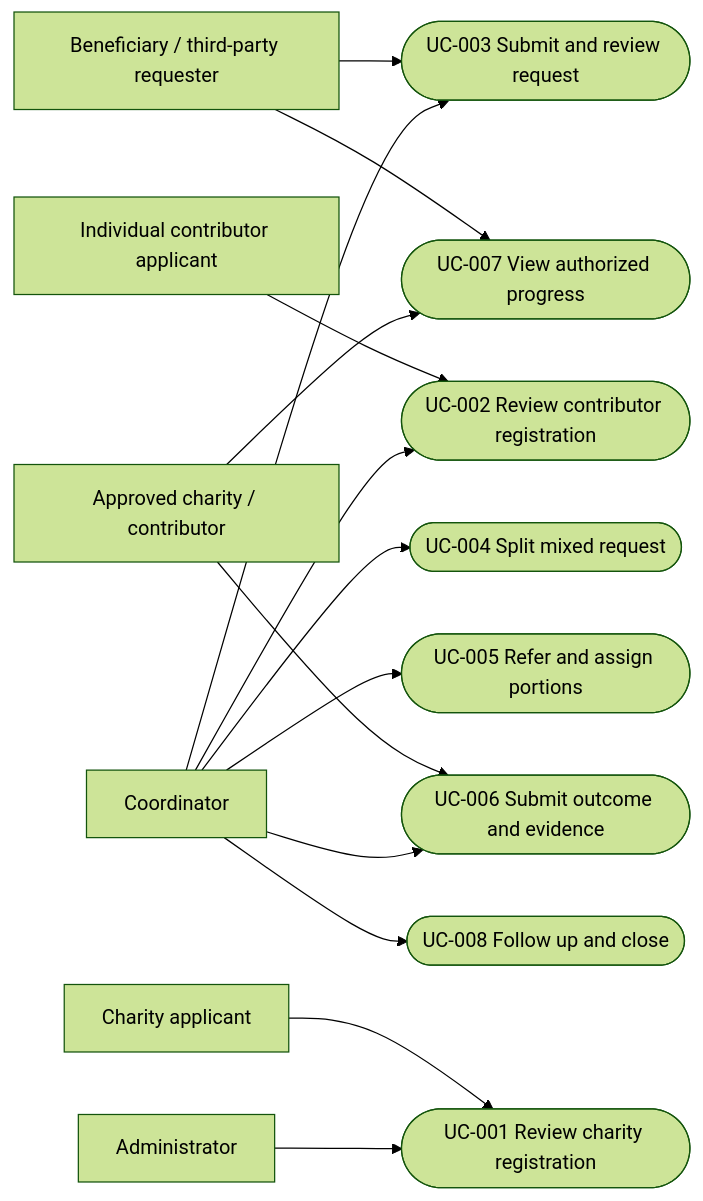
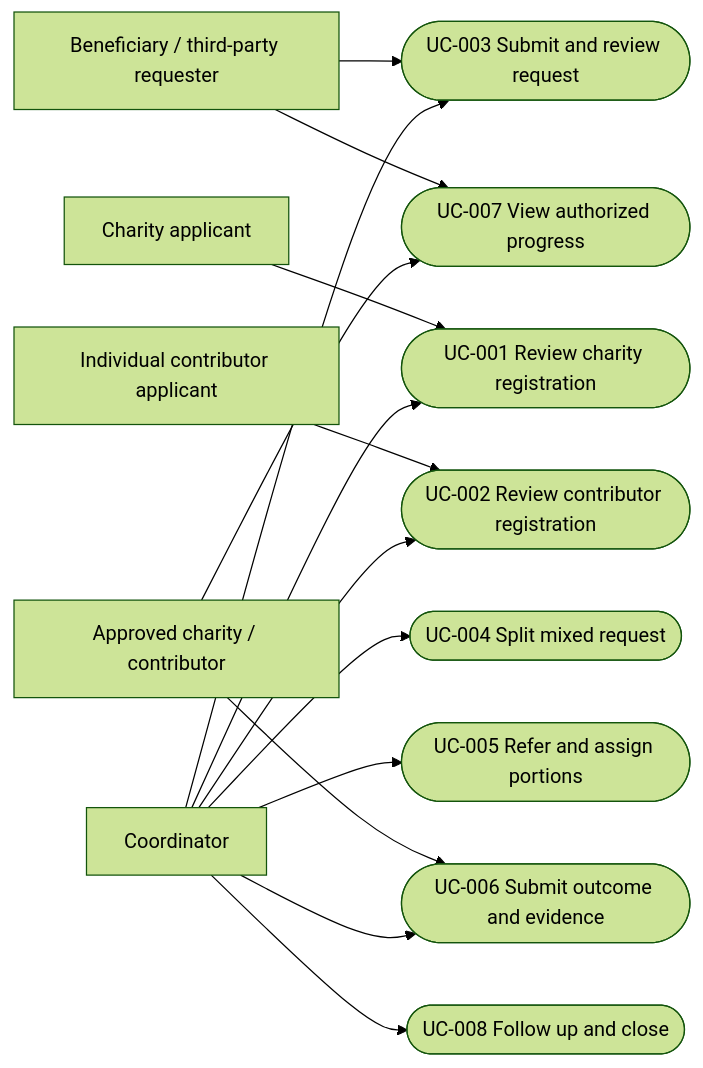
One commit to Bola-j/Helping-Hands changed the second of 10 diagrams in docs/models.md. Above: the diagram before and after it, drawn with Mermaid (forest theme). The commit also changed other lines of this file and 10 other files, not shown here.

````diff
--- a/docs/models.md
+++ b/docs/models.md
@@ -21,16 +21,16 @@
 ```mermaid
 flowchart LR
  requester[Beneficiary / third-party requester] --> submit([UC-003 Submit and review request])
  coordinator[Coordinator] --> submit
  charity[Charity applicant] --> registration([UC-001 Review charity registration])
- admin[Administrator] --> registration([UC-001 Review charity registration])
+ coordinator --> registration
  individual[Individual contributor applicant] --> contributor([UC-002 Review contributor registration])
  coordinator --> contributor
  coordinator --> review([UC-004 Split mixed request])
  coordinator --> assign([UC-005 Refer and assign portions])
  provider[Approved charity / contributor] --> outcome([UC-006 Submit outcome and evidence])
  coordinator --> outcome
  coordinator --> follow([UC-008 Follow up and close])
  requester --> progress([UC-007 View authorized progress])
  provider --> progress
 ```
````
